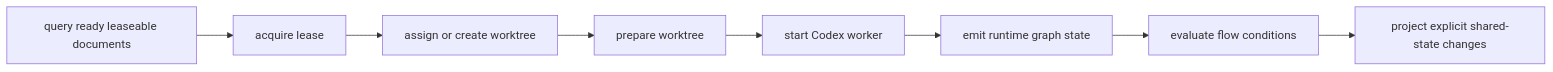
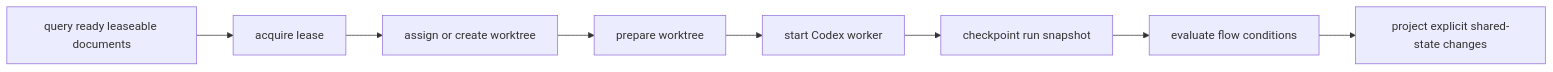
The second of 2 diagrams in docs/reference/runtime/pravaha-runtime-architecture.md (mantoni/pravaha), drawn with Mermaid before and after one commit. The commit also changed other lines of this file and 12 other files, not shown here.

````diff
--- a/docs/reference/runtime/pravaha-runtime-architecture.md
+++ b/docs/reference/runtime/pravaha-runtime-architecture.md
@@ -64,10 +63,10 @@
 ```mermaid
 graph LR
   A["query ready leaseable documents"] --> B["acquire lease"]
   B --> C["assign or create worktree"]
   C --> D["prepare worktree"]
   D --> E["start Codex worker"]
-  E --> F["emit runtime graph state"]
+  E --> F["checkpoint run snapshot"]
   F --> G["evaluate flow conditions"]
   G --> H["project explicit shared-state changes"]
 ```
````
